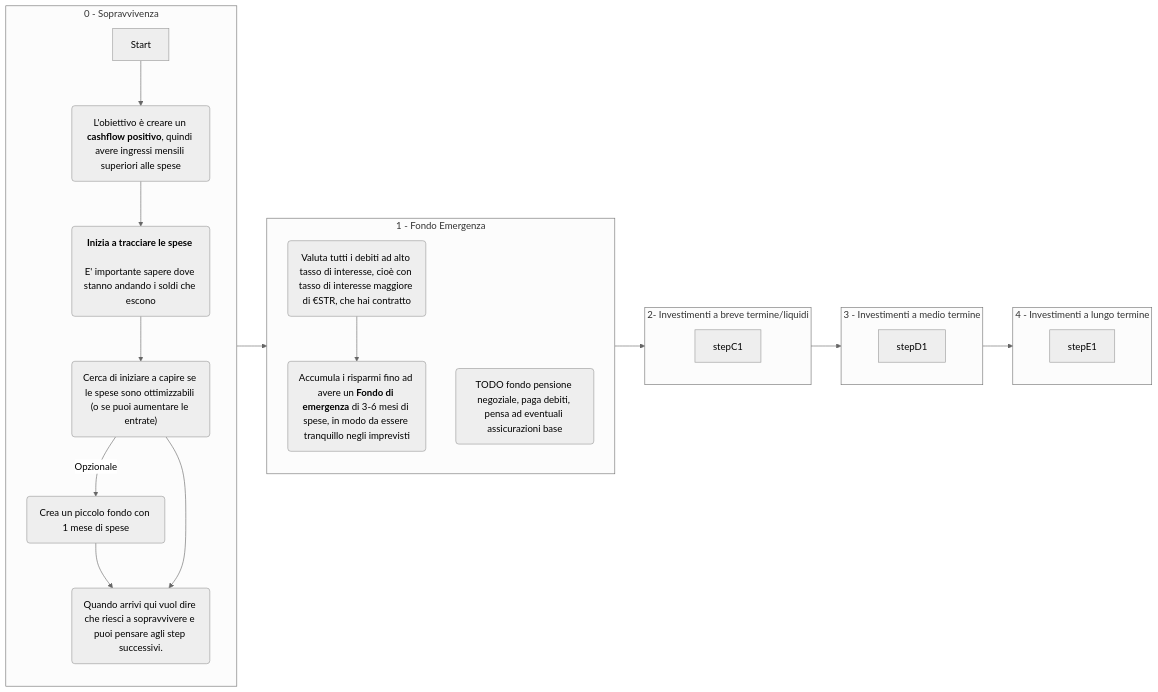
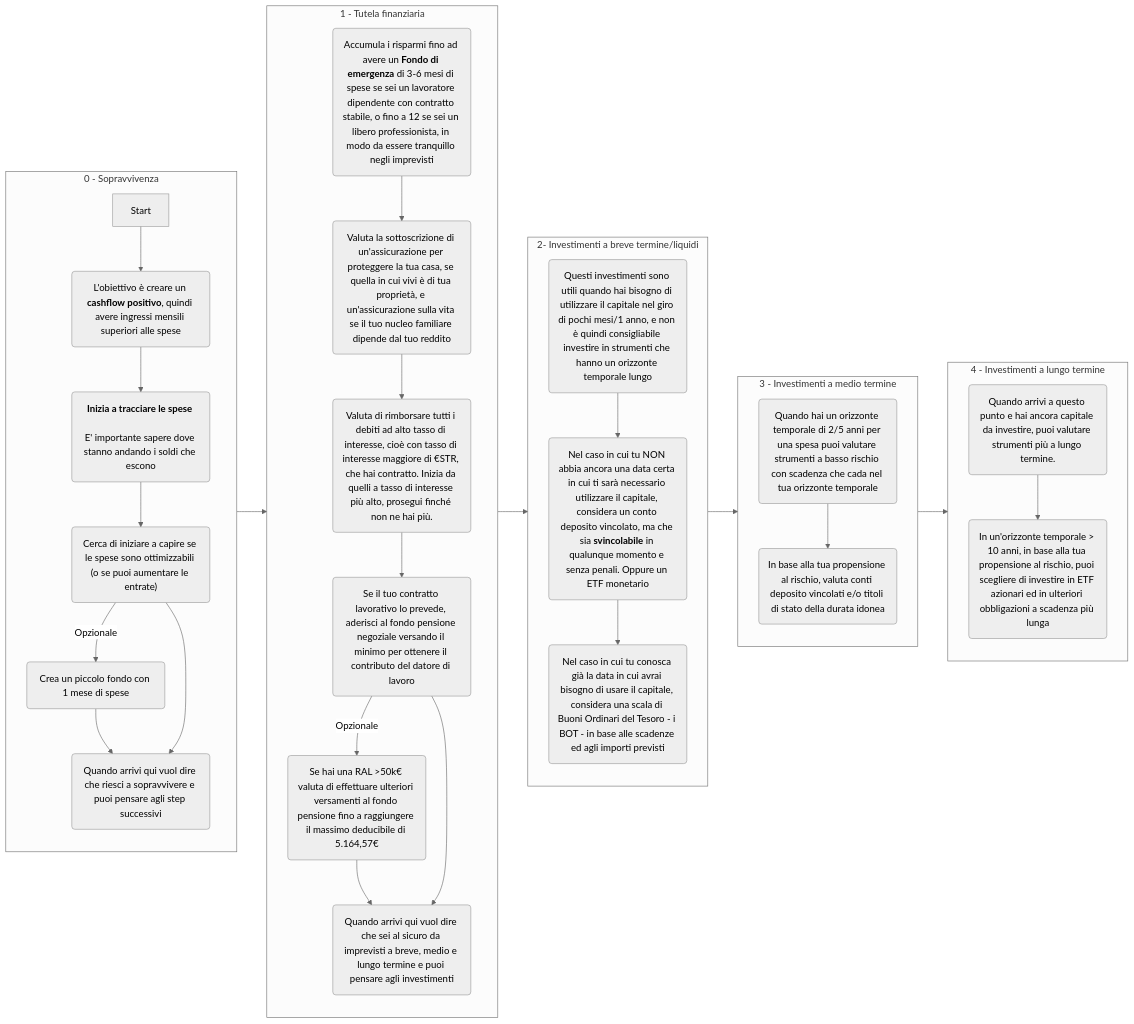
One commit to emish89/italiapersonalfinance changed the diagram in src/content/charts/flowchart.mermaid. Above: the diagram before and after it, drawn with Mermaid (neutral theme).

Commit message:
updated mermaid flowchart

```diff
--- a/src/content/charts/flowchart.mermaid
+++ b/src/content/charts/flowchart.mermaid
@@ -1,41 +1,59 @@
 flowchart LR
-    subgraph E[4 - Investimenti a lungo termine]
-    direction TB
-    stepE1
-    end
-    subgraph D[3 - Investimenti a medio termine]
-    direction TB
-    stepD1
-    end
-    subgraph C[2- Investimenti a breve termine/liquidi]
-    direction TB
-    stepC1
-    end
-    
-    subgraph B[1 - Fondo Emergenza]
-    direction TB
-    stepB1("`Valuta tutti i debiti ad alto tasso di interesse, cioè con tasso di interesse maggiore di €STR, che hai contratto`")
-    -->
-    stepB2("`Accumula i risparmi fino ad avere un **Fondo di emergenza** di 3-6 mesi di spese, in modo da essere tranquillo negli imprevisti`")
-    stepB3("`TODO fondo pensione negoziale, paga debiti, pensa ad eventuali assicurazioni base`")
-    end
     subgraph A[0 - Sopravvivenza]
     direction TB
     stepA1[Start]
     -->
     stepA2("`L'obiettivo è creare un **cashflow positivo**, quindi avere ingressi mensili superiori alle spese`")
     -->
     stepA3("`**Inizia a tracciare le spese** #13;#13;E' importante sapere dove stanno andando i soldi che escono`")
     -->
     stepA4("`Cerca di iniziare a capire se le spese sono ottimizzabili (o se puoi aumentare le entrate)`")
     -->
     |Opzionale| optA5("`Crea un piccolo fondo con 1 mese di spese`") --> stepA6
     stepA4-->stepA6
-    stepA6("`Quando arrivi qui vuol dire che riesci a sopravvivere e puoi pensare agli step successivi.`")
-    
+    stepA6("`Quando arrivi qui vuol dire che riesci a sopravvivere e puoi pensare agli step successivi`")
     end
+
+    subgraph B[1 - Tutela finanziaria]
+    direction TB
+    stepB1("`Accumula i risparmi fino ad avere un **Fondo di emergenza** di 3-6 mesi di spese se sei un lavoratore dipendente con contratto stabile, o fino a 12 se sei un libero professionista, in modo da essere tranquillo negli imprevisti`")
+    -->
+    stepB2("`Valuta la sottoscrizione di un'assicurazione per proteggere la tua casa, se quella in cui vivi è di tua proprietà, e un'assicurazione sulla vita se il tuo nucleo familiare dipende dal tuo reddito`")
+    -->
+    stepB3("`Valuta di rimborsare tutti i debiti ad alto tasso di interesse, cioè con tasso di interesse maggiore di €STR, che hai contratto. Inizia da quelli a tasso di interesse più alto, prosegui finché non ne hai più.`")
+    -->
+    stepB4("`Se il tuo contratto lavorativo lo prevede, aderisci al fondo pensione negoziale versando il minimo per ottenere il contributo del datore di lavoro`")
+    -->
+    |Opzionale| optB5("`Se hai una RAL >50k€ valuta di effettuare ulteriori versamenti al fondo pensione fino a raggiungere il massimo deducibile di 5.164,57€  `")
+    -->
+    stepB6("`Quando arrivi qui vuol dire che sei al sicuro da imprevisti a breve, medio e lungo termine e puoi pensare agli investimenti`")
+    stepB4-->stepB6
+    end
+
+    subgraph C[2- Investimenti a breve termine/liquidi]
+    direction TB
+    stepC1("`Questi investimenti sono utili quando hai bisogno di utilizzare il capitale nel giro di pochi mesi/1 anno, e non è quindi consigliabile investire in strumenti che hanno un orizzonte temporale lungo`")
+    -->
+    stepC2("`Nel caso in cui tu NON abbia ancora una data certa in cui ti sarà necessario utilizzare il capitale, considera un conto deposito vincolato, ma che sia **svincolabile** in qualunque momento e senza penali. Oppure un ETF monetario`")
+    -->
+    stepC3("`Nel caso in cui tu conosca già la data in cui avrai bisogno di usare il capitale, considera una scala di Buoni Ordinari del Tesoro - i BOT - in base alle scadenze ed agli importi previsti`")
+    end
+
+    subgraph D[3 - Investimenti a medio termine]
+    direction TB
+    stepD1("`Quando hai un orizzonte temporale di 2/5 anni per una spesa puoi valutare strumenti a basso rischio con scadenza che cada nel tua orizzonte temporale`")
+    -->
+    stepD2("`In base alla tua propensione al rischio, valuta conti deposito vincolati e/o titoli di stato della durata idonea`")
+    end
+
+    subgraph E[4 - Investimenti a lungo termine]
+    direction TB
+    stepE1("`Quando arrivi a questo punto e hai ancora capitale da investire, puoi valutare strumenti più a lungo termine.`")
+    -->
+    stepEd("`In un'orizzonte temporale > 10 anni, in base alla tua propensione al rischio, puoi scegliere di investire in ETF azionari ed in ulteriori obbligazioni a scadenza più lunga`")
+    end    
 
     A-->B
     B-->C
     C-->D
     D-->E
```
